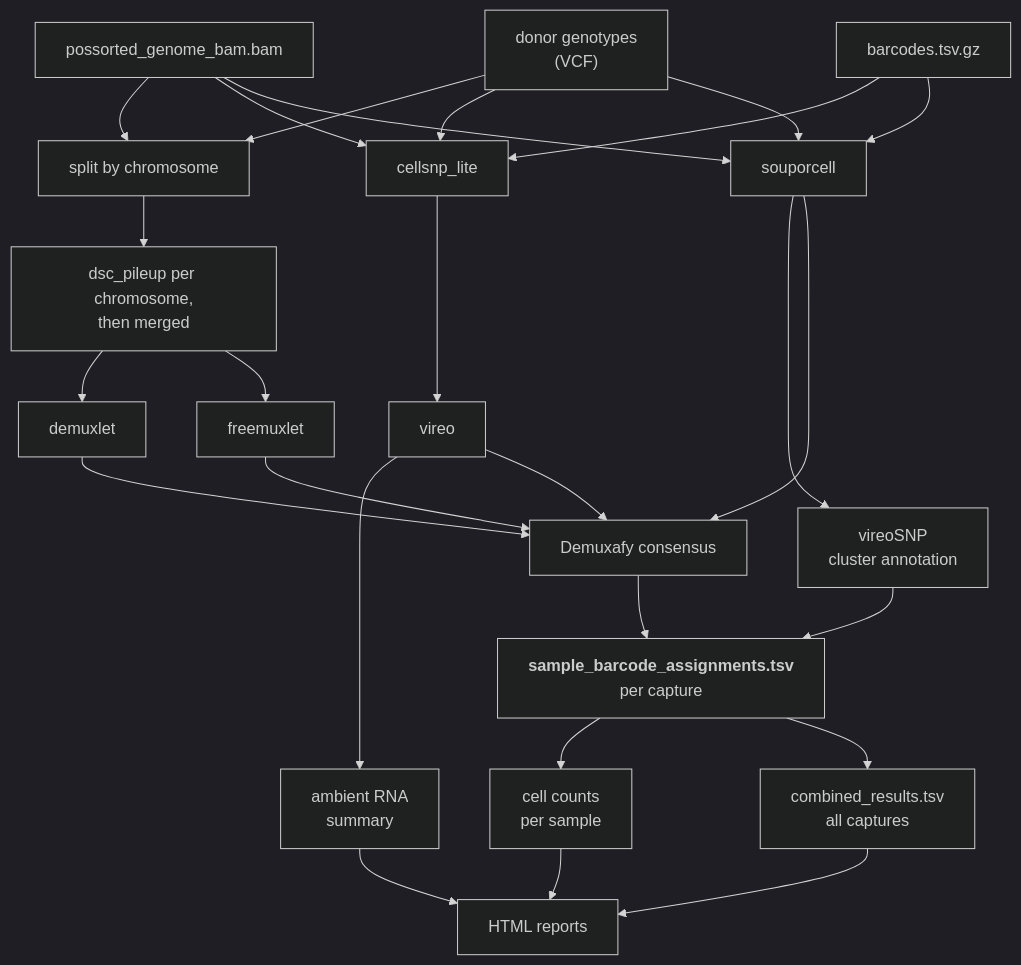
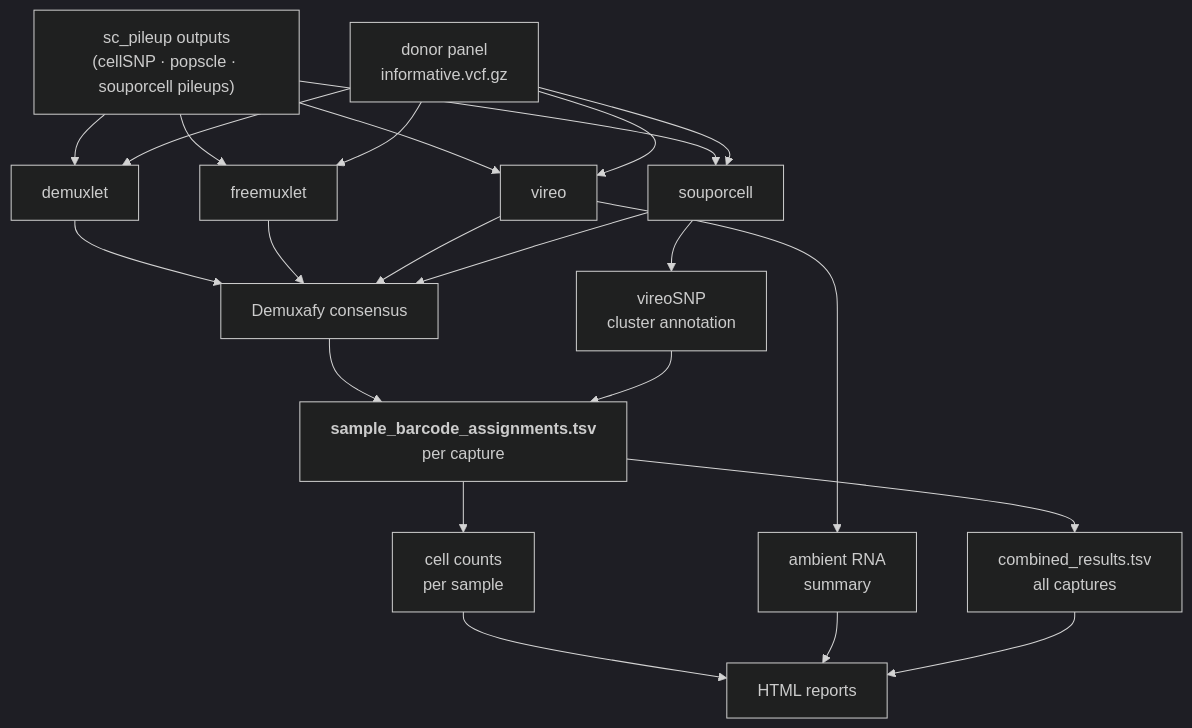
Before and after one commit to swarbricklab/snp_demux: the third of 3 diagrams in README.md, drawn with Mermaid (dark theme). The commit also changed other lines of this file, not shown here.

Commit message:
README: fix stale pipeline diagram + add CI badge
The "Running" mermaid diagram still showed the pre-sc_pileup architecture
(BAM -> split by chromosome -> dsc_pileup; BAM -> cellsnp_lite/souporcell).
Those steps moved to sc_pileup; snp_demux now consumes the pileups. Redraw the
diagram to start from the sc_pileup outputs + donor panel feeding the four
engines, matching the rule graph above it. Add a CI status badge.

````diff
--- a/README.md
+++ b/README.md
@@ -229,37 +233,30 @@
 ```mermaid
 flowchart TB
-    BAM["possorted_genome_bam.bam"]
-    BC["barcodes.tsv.gz"]
-    VCF["donor genotypes<br/>(VCF)"]
+    PANEL["donor panel<br/>informative.vcf.gz"]
+    PLP["sc_pileup outputs<br/>(cellSNP · popscle · souporcell pileups)"]
 
-    BAM --> SPLIT
-    VCF --> SPLIT
-    SPLIT["split by chromosome"] --> PILEUP["dsc_pileup per chromosome,<br/>then merged"]
-    PILEUP --> DL["demuxlet"]
-    PILEUP --> FM["freemuxlet"]
-
-    BAM --> CS
-    BC --> CS
-    VCF --> CS
-    CS["cellsnp_lite"] --> VI["vireo"]
+    PLP --> DL["demuxlet"]
+    PANEL --> DL
+    PLP --> FM["freemuxlet"]
+    PANEL --> FM
+    PLP --> VI["vireo"]
+    PANEL --> VI
     VI --> AMB["ambient RNA<br/>summary"]
-
-    BAM --> SO
-    BC --> SO
-    VCF --> SO
-    SO["souporcell"] --> VS["vireoSNP<br/>cluster annotation"]
+    PLP --> SO["souporcell"]
+    PANEL --> SO
+    SO --> VS["vireoSNP<br/>cluster annotation"]
 
     DL --> DX
     FM --> DX
     VI --> DX
     SO --> DX
     DX["Demuxafy consensus"] --> ASSIGN
     VS --> ASSIGN
 
     ASSIGN["<b>sample_barcode_assignments.tsv</b><br/>per capture"] --> STATS["cell counts<br/>per sample"]
     ASSIGN --> COMB["combined_results.tsv<br/>all captures"]
 
     STATS --> REP["HTML reports"]
     AMB --> REP
     COMB --> REP
 ```
````
